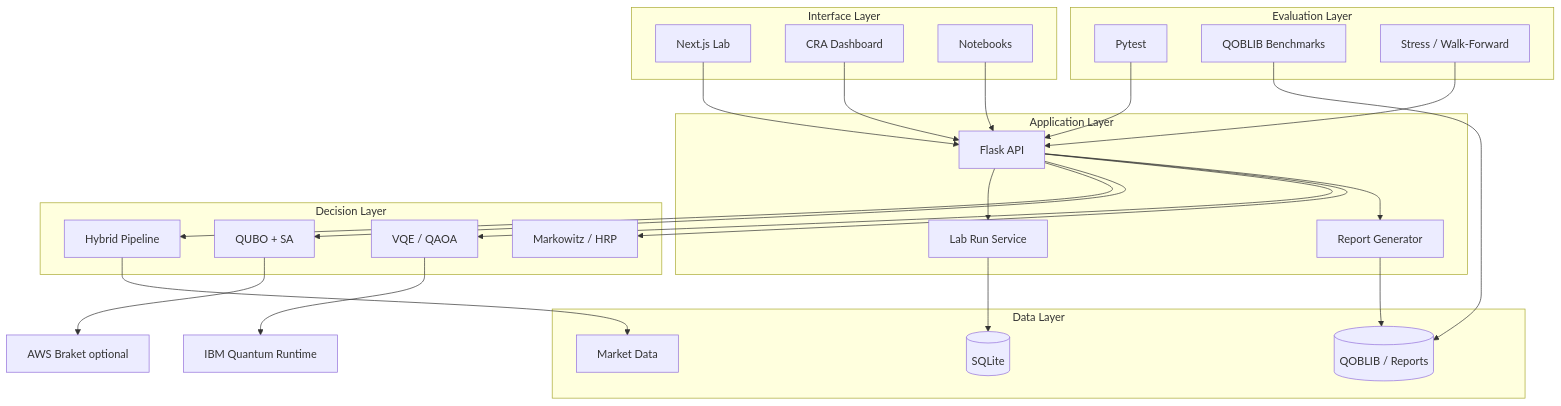
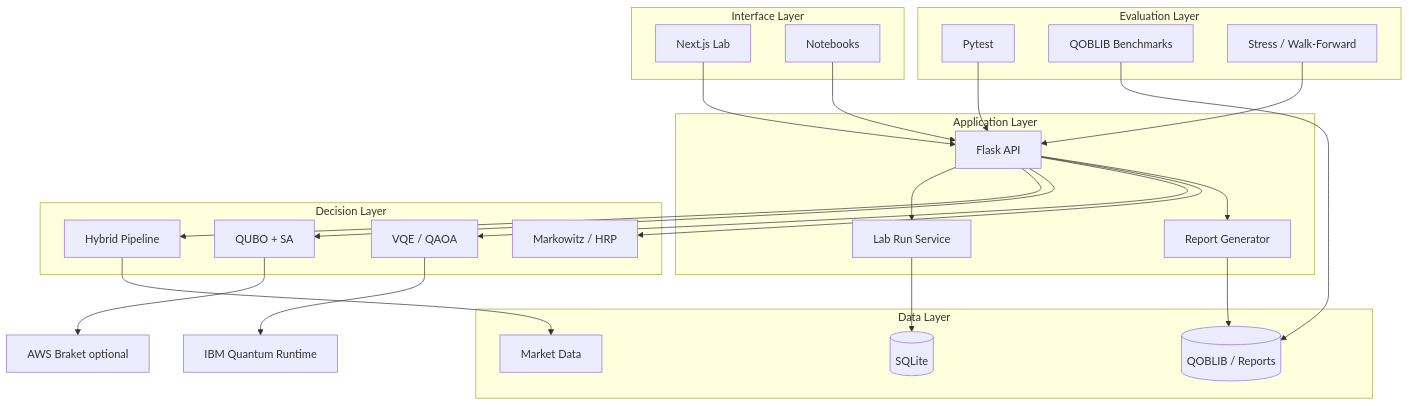
One commit to iconbaypark2900/quantum-hybrid-portfolio changed the first of 8 diagrams in README.md. Above: the diagram before and after it, drawn with Mermaid. The commit also changed other lines of this file and 78 other files, not shown here.

````diff
--- a/README.md
+++ b/README.md
@@ -98,51 +98,49 @@
 ```mermaid
 flowchart TB
   subgraph interface [Interface Layer]
     WEB[Next.js Lab]
-    CRA[CRA Dashboard]
     NB[Notebooks]
   end
 
   subgraph app [Application Layer]
     API[Flask API]
     RUNS[Lab Run Service]
     RPT[Report Generator]
   end
 
   subgraph decision [Decision Layer]
     HYB[Hybrid Pipeline]
     QUBO[QUBO + SA]
     VQE[VQE / QAOA]
     CLS[Markowitz / HRP]
   end
 
   subgraph data [Data Layer]
     DB[(SQLite)]
     MD[Market Data]
     ART[(QOBLIB / Reports)]
   end
 
   subgraph eval [Evaluation Layer]
     TESTS[Pytest]
     QOB[QOBLIB Benchmarks]
     SIM[Stress / Walk-Forward]
   end
 
   WEB --> API
-  CRA --> API
   NB --> API
   API --> RUNS
   API --> HYB
   API --> QUBO
   API --> VQE
   API --> CLS
   HYB --> MD
   RUNS --> DB
   API --> RPT
   RPT --> ART
   QOB --> ART
   TESTS --> API
   SIM --> API
   VQE --> IBM[IBM Quantum Runtime]
   QUBO --> BRAKET[AWS Braket optional]
 ```
````
